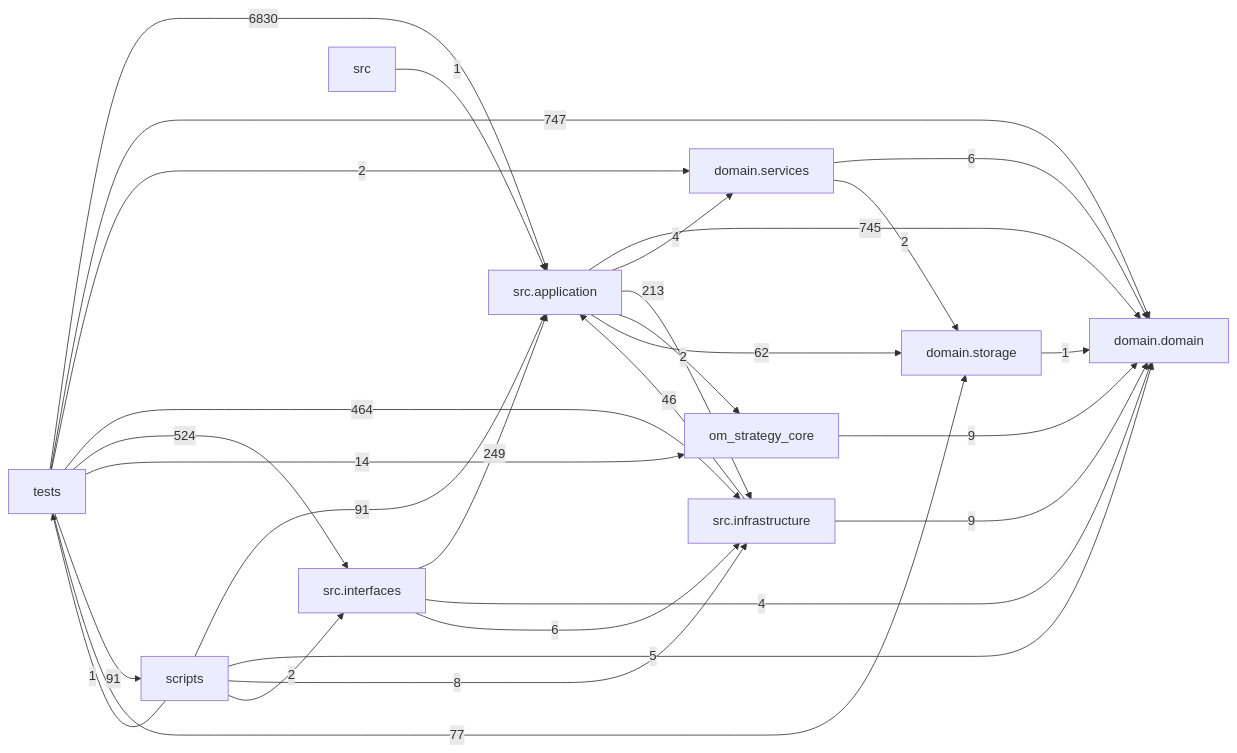
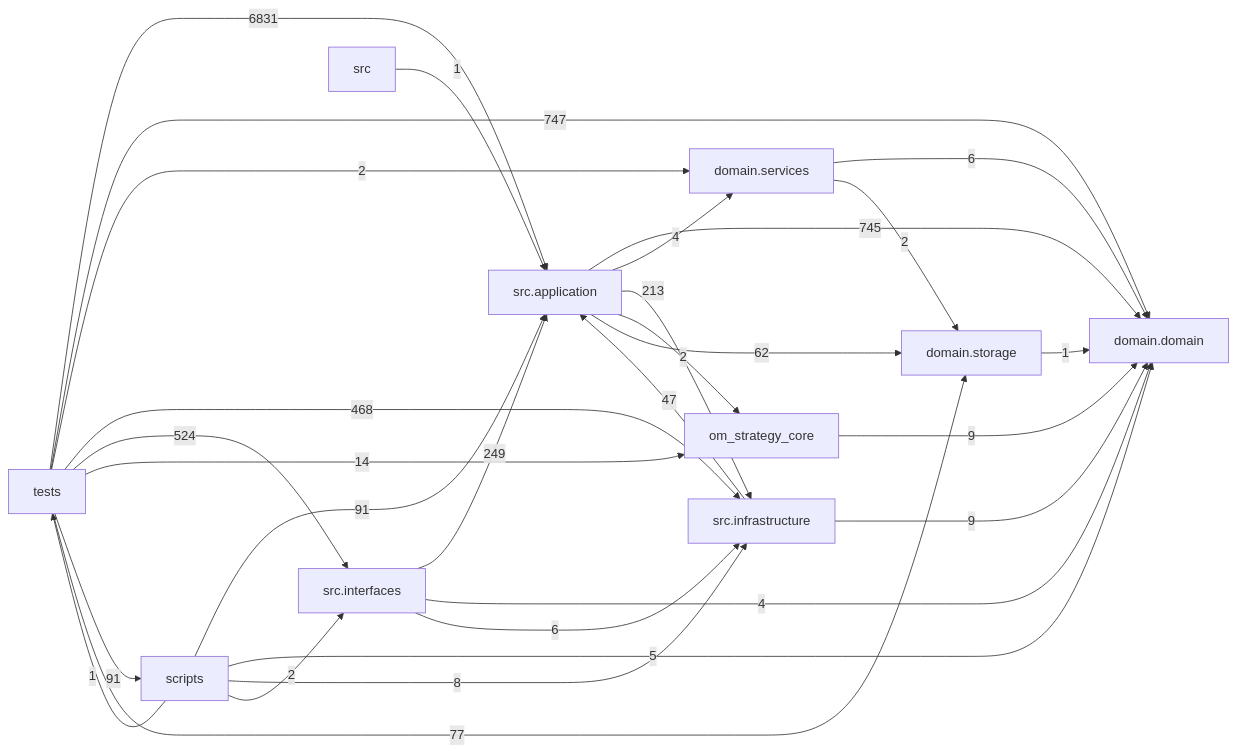
Before and after one commit to liuxie066/options-monitor: the diagram in docs/DEPENDENCY_GRAPH.md, drawn with Mermaid. The commit also changed other lines of this file and 13 other files, not shown here.

````diff
--- a/docs/DEPENDENCY_GRAPH.md
+++ b/docs/DEPENDENCY_GRAPH.md
@@ -24,39 +24,39 @@
 ```mermaid
 flowchart LR
   tests["tests"]
   scripts["scripts"]
   interfaces["src.interfaces"]
   application["src.application"]
   infrastructure["src.infrastructure"]
   domain_services["domain.services"]
   domain["domain.domain"]
   storage["domain.storage"]
   application -->|745| domain
   application -->|4| domain_services
   application -->|213| infrastructure
   application -->|2| om_strategy_core
   application -->|62| storage
   domain_services -->|6| domain
   domain_services -->|2| storage
-  infrastructure -->|46| application
+  infrastructure -->|47| application
   infrastructure -->|9| domain
   interfaces -->|249| application
   interfaces -->|4| domain
   interfaces -->|6| infrastructure
   om_strategy_core -->|9| domain
   scripts -->|91| application
   scripts -->|5| domain
   scripts -->|8| infrastructure
   scripts -->|2| interfaces
   scripts -->|1| tests
   src -->|1| application
   storage -->|1| domain
-  tests -->|6830| application
+  tests -->|6831| application
   tests -->|747| domain
   tests -->|2| domain_services
-  tests -->|464| infrastructure
+  tests -->|468| infrastructure
   tests -->|524| interfaces
   tests -->|14| om_strategy_core
   tests -->|91| scripts
   tests -->|77| storage
 ```
````
